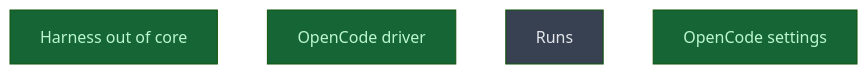
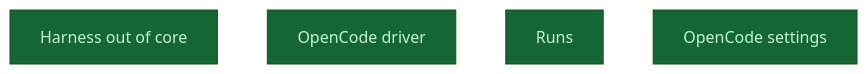
One commit to CrackingShells/Candler changed the diagram in __roadmap__/m4-session-runner/traits/core/README.md. Above: the diagram before and after it, drawn with Mermaid (forest theme). The commit also changed other lines of this file and 5 other files, not shown here.

````diff
--- a/__roadmap__/m4-session-runner/traits/core/README.md
+++ b/__roadmap__/m4-session-runner/traits/core/README.md
@@ -19,12 +19,12 @@
 ```mermaid
 graph TD
     harness_out_of_core[Harness out of core]:::done
     opencode_driver[OpenCode driver]:::done
-    runs[Runs]:::planned
+    runs[Runs]:::done
     opencode_settings[OpenCode settings]:::done
     classDef done       fill:#166534,color:#bbf7d0
     classDef inprogress fill:#854d0e,color:#fef08a
     classDef planned    fill:#374151,color:#e5e7eb
     classDef amendment  fill:#1e3a5f,color:#bfdbfe
     classDef blocked    fill:#7f1d1d,color:#fecaca
 ```
````
